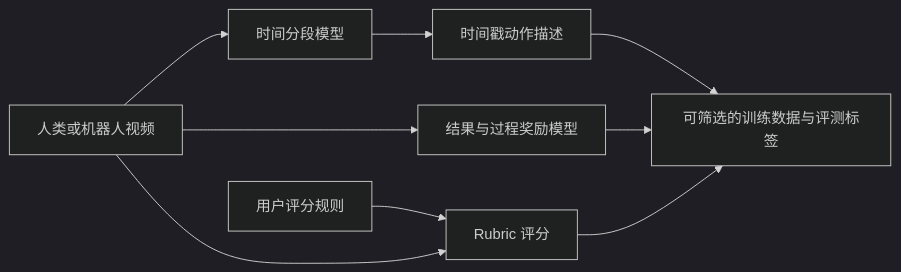
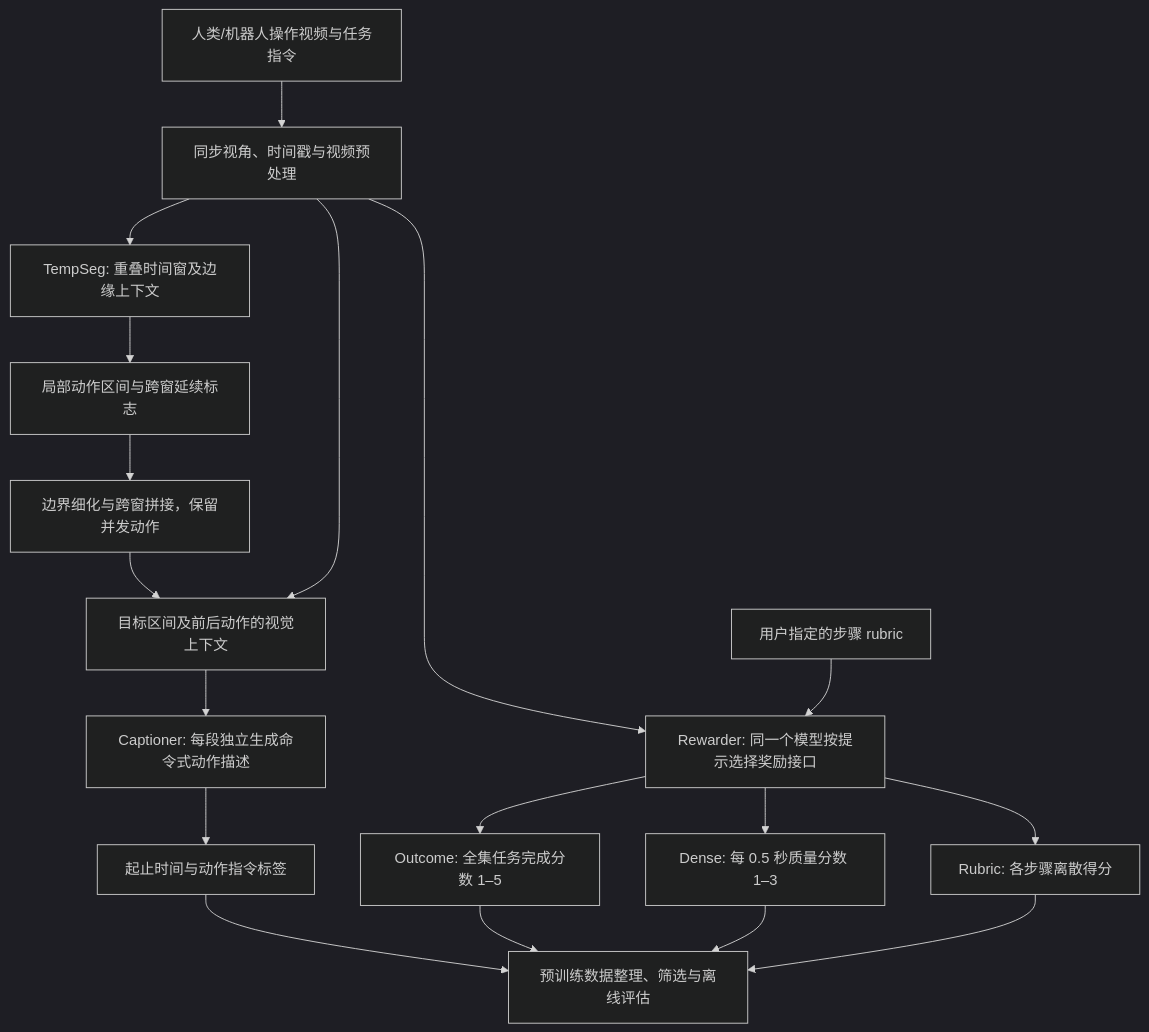
The first of 2 diagrams in wiki/entities/flora-robotics-data-engine.md (ImChong/Robotics_Notebooks), drawn with Mermaid (dark theme) before and after one commit. The commit also changed other lines of this file, not shown here.

````diff
--- a/wiki/entities/flora-robotics-data-engine.md
+++ b/wiki/entities/flora-robotics-data-engine.md
@@ -43,11 +61,20 @@
 ```mermaid
-flowchart LR
-  video["人类或机器人视频"] --> segment["时间分段模型"]
-  segment --> caption["时间戳动作描述"]
-  video --> reward["结果与过程奖励模型"]
-  rubric["用户评分规则"] --> grade["Rubric 评分"]
-  video --> grade
-  caption --> dataset["可筛选的训练数据与评测标签"]
-  reward --> dataset
-  grade --> dataset
+flowchart TD
+  vid["人类/机器人操作视频与任务指令"] --> views["同步视角、时间戳与视频预处理"]
+  views --> win["TempSeg: 重叠时间窗及边缘上下文"]
+  win --> seg["局部动作区间与跨窗延续标志"]
+  seg --> stitch["边界细化与跨窗拼接，保留并发动作"]
+  stitch --> ctx["目标区间及前后动作的视觉上下文"]
+  views --> ctx
+  ctx --> cap["Captioner: 每段独立生成命令式动作描述"]
+  cap --> labels["起止时间与动作指令标签"]
+  views --> reward["Rewarder: 同一个模型按提示选择奖励接口"]
+  reward --> outcome["Outcome: 全集任务完成分数 1–5"]
+  reward --> dense["Dense: 每 0.5 秒质量分数 1–3"]
+  rubric["用户指定的步骤 rubric"] --> reward
+  reward --> grade["Rubric: 各步骤离散得分"]
+  labels --> uses["预训练数据整理、筛选与离线评估"]
+  outcome --> uses
+  dense --> uses
+  grade --> uses
 ```
````
